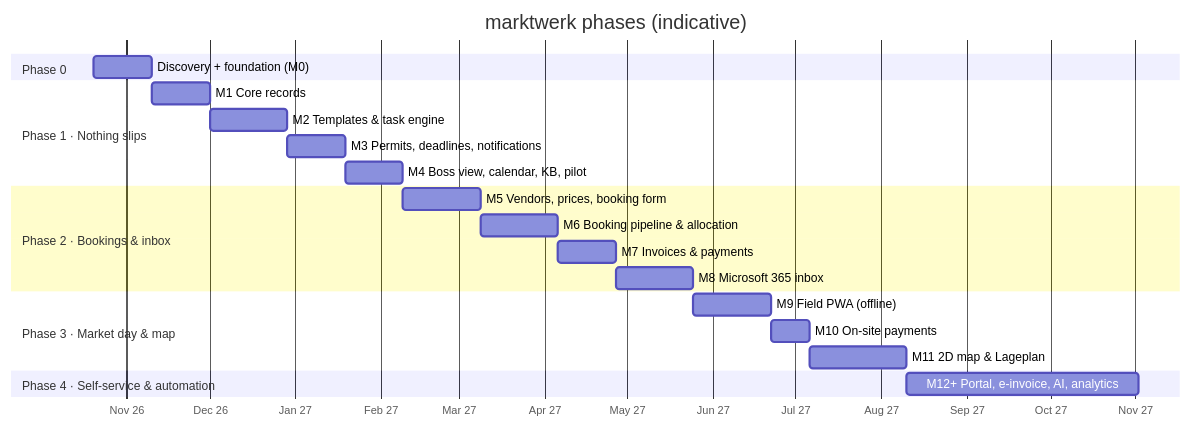
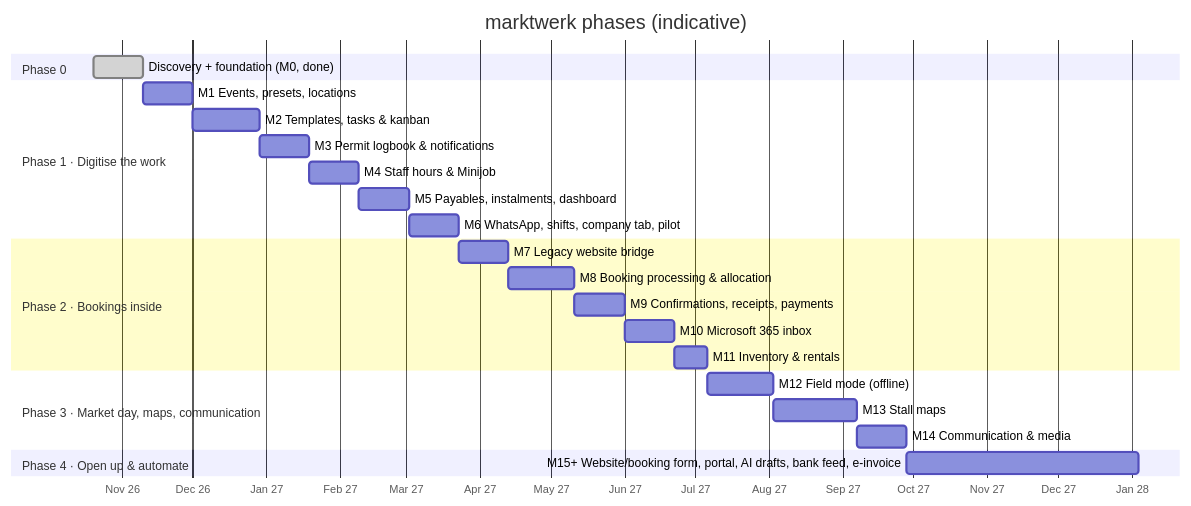
One commit to coelln-konzept/marktwerk changed the diagram in docs/product/roadmap.md. Above: the diagram before and after it, drawn with Mermaid. The commit also changed other lines of this file and 36 other files, not shown here.

````diff
--- a/docs/product/roadmap.md
+++ b/docs/product/roadmap.md
@@ -7,24 +12,27 @@
 ```mermaid
 gantt
     title marktwerk phases (indicative)
     dateFormat  YYYY-MM-DD
     axisFormat  %b %y
     section Phase 0
-    Discovery + foundation (M0)           :p0, 2026-10-20, 3w
-    section Phase 1 · Nothing slips
-    M1 Core records                       :m1, after p0, 3w
-    M2 Templates & task engine            :m2, after m1, 4w
-    M3 Permits, deadlines, notifications  :m3, after m2, 3w
-    M4 Boss view, calendar, KB, pilot     :m4, after m3, 3w
-    section Phase 2 · Bookings & inbox
-    M5 Vendors, prices, booking form      :m5, after m4, 4w
-    M6 Booking pipeline & allocation      :m6, after m5, 4w
-    M7 Invoices & payments                :m7, after m6, 3w
-    M8 Microsoft 365 inbox                :m8, after m7, 4w
-    section Phase 3 · Market day & map
-    M9 Field PWA (offline)                :m9, after m8, 4w
-    M10 On-site payments                  :m10, after m9, 2w
-    M11 2D map & Lageplan                 :m11, after m10, 5w
-    section Phase 4 · Self-service & automation
-    M12+ Portal, e-invoice, AI, analytics :m12, after m11, 12w
+    Discovery + foundation (M0, done)        :done, p0, 2026-10-20, 3w
+    section Phase 1 · Digitise the work
+    M1 Events, presets, locations            :m1, after p0, 3w
+    M2 Templates, tasks & kanban             :m2, after m1, 4w
+    M3 Permit logbook & notifications        :m3, after m2, 3w
+    M4 Staff hours & Minijob                 :m4, after m3, 3w
+    M5 Payables, instalments, dashboard      :m5, after m4, 3w
+    M6 WhatsApp, shifts, company tab, pilot  :m6, after m5, 3w
+    section Phase 2 · Bookings inside
+    M7 Legacy website bridge                 :m7, after m6, 3w
+    M8 Booking processing & allocation       :m8, after m7, 4w
+    M9 Confirmations, receipts, payments     :m9, after m8, 3w
+    M10 Microsoft 365 inbox                  :m10, after m9, 3w
+    M11 Inventory & rentals                  :m11, after m10, 2w
+    section Phase 3 · Market day, maps, communication
+    M12 Field mode (offline)                 :m12, after m11, 4w
+    M13 Stall maps                           :m13, after m12, 5w
+    M14 Communication & media                :m14, after m13, 3w
+    section Phase 4 · Open up & automate
+    M15+ Website/booking form, portal, AI drafts, bank feed, e-invoice :m15, after m14, 14w
 ```
````
